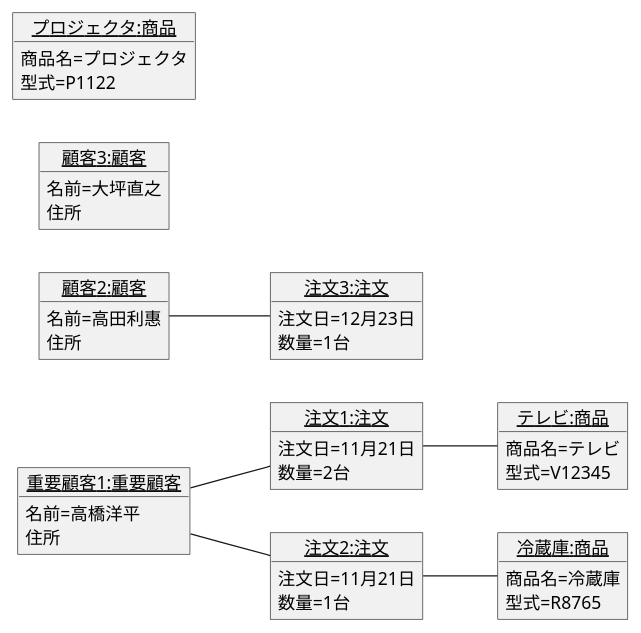
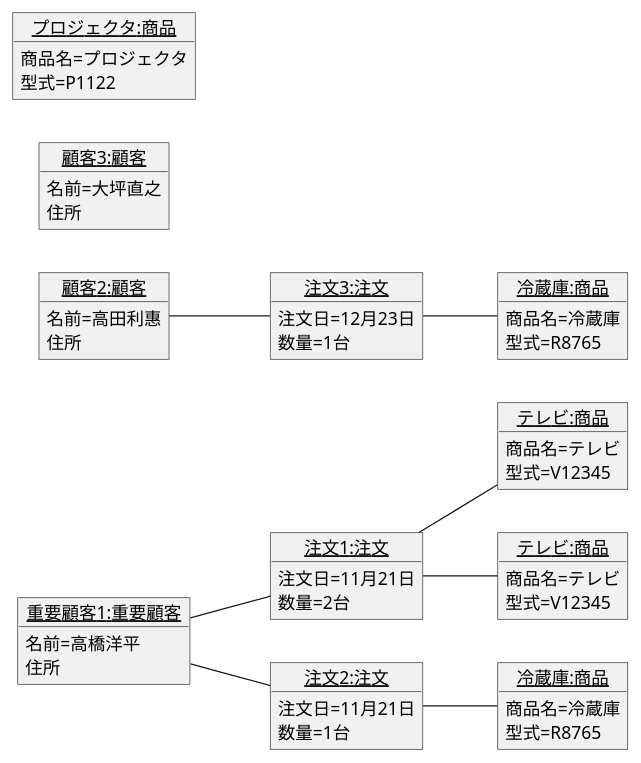
The diagram in 演習3-7_OBJ_注文のオブジェクト図.pu (Tackey-11/uml-intro), drawn with PlantUML before and after one commit.

Commit message:
3-7編集

```diff
--- a/演習3-7_OBJ_注文のオブジェクト図.pu
+++ b/演習3-7_OBJ_注文のオブジェクト図.pu
@@ -1,66 +1,66 @@
 @startuml 演習3-7オブジェクト図
 left to right direction
 object "<u>重要顧客1:重要顧客</u>" as actor1{
     名前=高橋洋平
     住所
 }
 
 object "<u>顧客2:顧客</u>" as actor2{
     名前=高田利惠
     住所
 }
 object "<u>顧客3:顧客</u>" as actor3{
     名前=大坪直之
     住所
 }
 
 object "<u>注文1:注文</u>" as case1{
     注文日=11月21日
     数量=2台
 }
 
 object "<u>注文2:注文</u>" as case2{
     注文日=11月21日
     数量=1台
 }
 
 object "<u>注文3:注文</u>" as case3{
     注文日=12月23日
     数量=1台
 }
 
 
 object "<u>テレビ:商品</u>" as item1{
     商品名=テレビ
     型式=V12345
 }
-object "<u>テレビ:商品</u>" as item1.1{
+object "<u>テレビ:商品</u>" as item1_1{
     商品名=テレビ
     型式=V12345
 }
 
 object "<u>冷蔵庫:商品</u>" as item2{
     商品名=冷蔵庫
     型式=R8765
 }
-object "<u>冷蔵庫:商品</u>" as item2.1{
+object "<u>冷蔵庫:商品</u>" as item2_1{
     商品名=冷蔵庫
     型式=R8765
 }
 
 object "<u>プロジェクタ:商品</u>" as item3{
     商品名=プロジェクタ
     型式=P1122
 }
 
 
 actor1 -- case1
 actor1 -- case2
 case1 -- item1
-case1 -- item1.1
+case1 -- item1_1
 case2 -- item2
 
 
 actor2 -- case3
-case3 -- item2.1
+case3 -- item2_1
 @enduml
```
